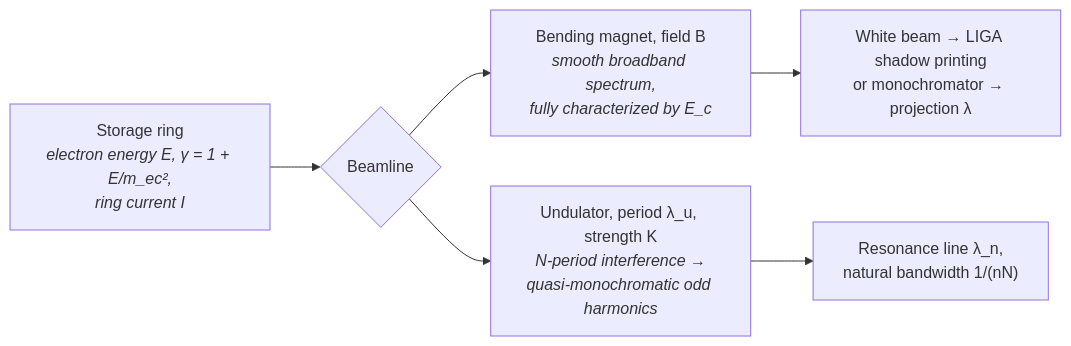
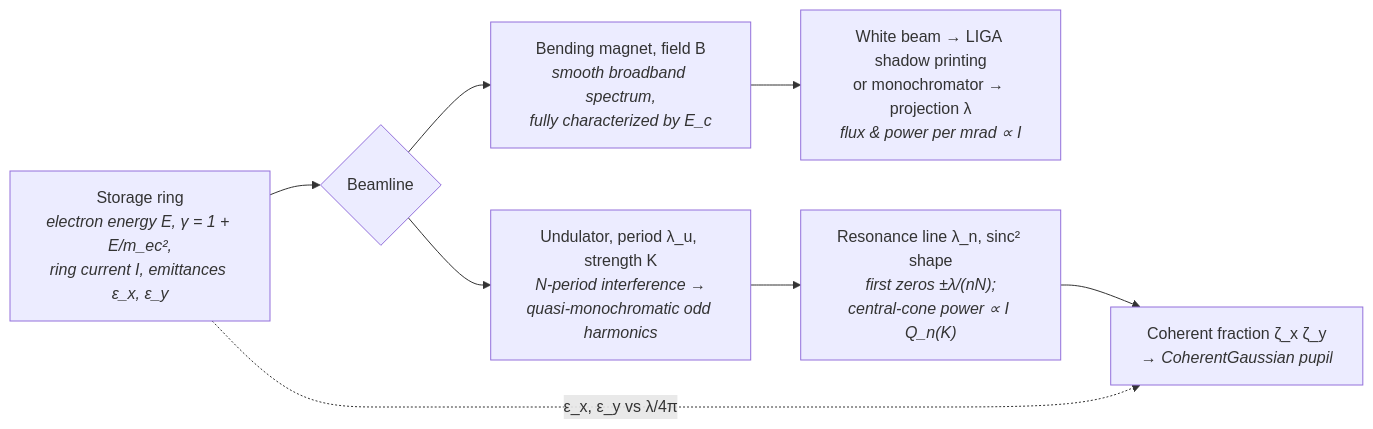
The diagram in docs/sources/synchrotron.md (sonoransun/highuvlith), drawn with Mermaid before and after one commit. The commit also changed other lines of this file and 496 other files, not shown here.

````diff
--- a/docs/sources/synchrotron.md
+++ b/docs/sources/synchrotron.md
@@ -21,8 +24,10 @@
 ```mermaid
 flowchart LR
-    A["Storage ring<br/><i>electron energy E, γ = 1 + E/m_ec²,<br/>ring current I</i>"] --> B{Beamline}
+    A["Storage ring<br/><i>electron energy E, γ = 1 + E/m_ec²,<br/>ring current I, emittances ε_x, ε_y</i>"] --> B{Beamline}
     B --> C["Bending magnet, field B<br/><i>smooth broadband spectrum,<br/>fully characterized by E_c</i>"]
     B --> D["Undulator, period λ_u, strength K<br/><i>N-period interference →<br/>quasi-monochromatic odd harmonics</i>"]
-    C --> E["White beam → LIGA shadow printing<br/>or monochromator → projection λ"]
-    D --> F["Resonance line λ_n,<br/>natural bandwidth 1/(nN)"]
+    C --> E["White beam → LIGA shadow printing<br/>or monochromator → projection λ<br/><i>flux & power per mrad ∝ I</i>"]
+    D --> F["Resonance line λ_n, sinc² shape<br/><i>first zeros ±λ/(nN);<br/>central-cone power ∝ I Q_n(K)</i>"]
+    A -. "ε_x, ε_y vs λ/4π" .-> G["Coherent fraction ζ_x ζ_y<br/><i>→ CoherentGaussian pupil</i>"]
+    F --> G
 ```
````
